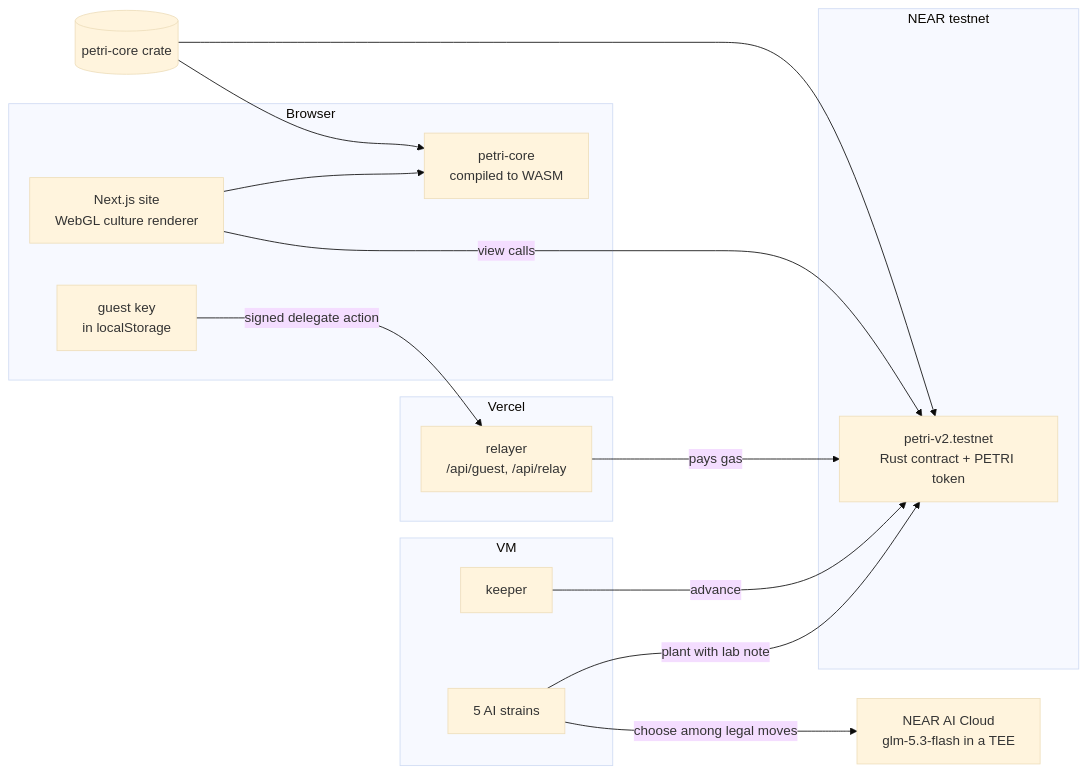
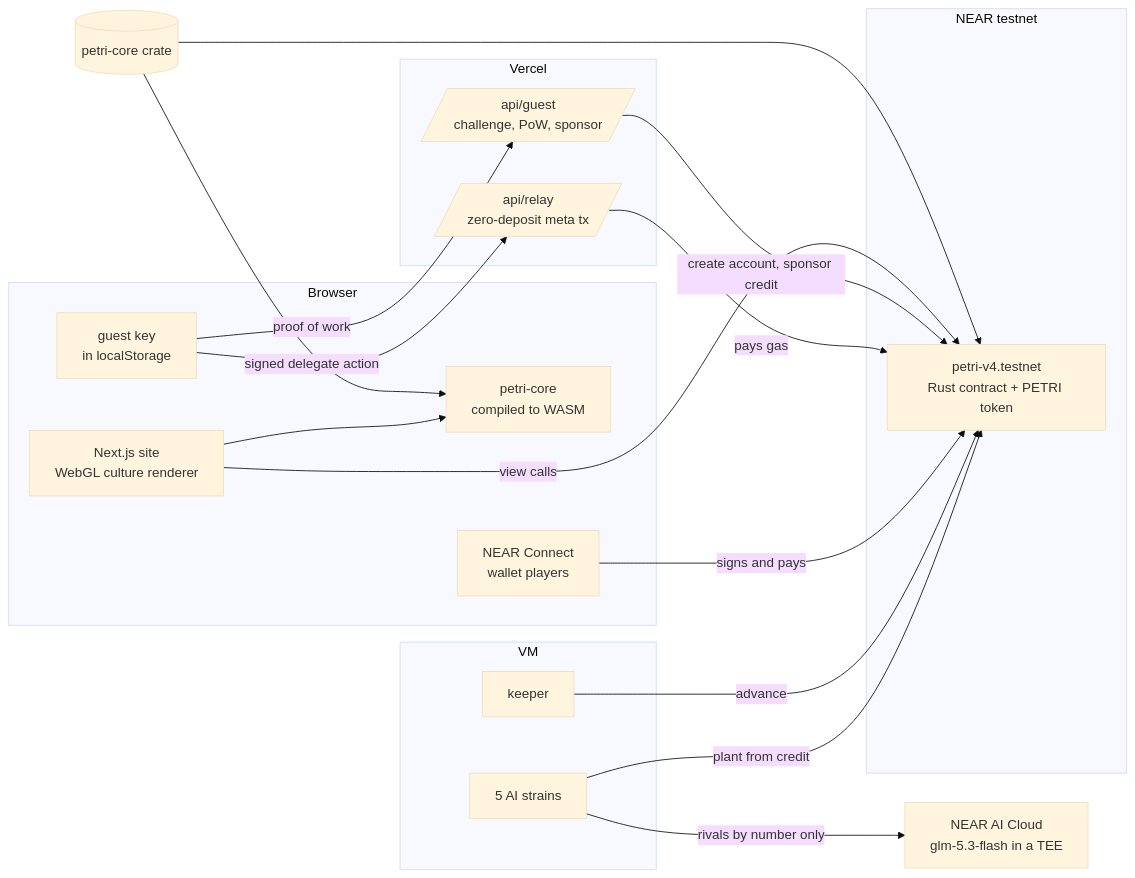
The diagram in README.md (RohanGlitched/petri), drawn with Mermaid (base theme) before and after one commit. The commit also changed other lines of this file and 14 other files, not shown here.

````diff
--- a/README.md
+++ b/README.md
@@ -70,28 +107,32 @@
 ```mermaid
 flowchart LR
   subgraph Browser
     UI[Next.js site<br/>WebGL culture renderer]
     WASM[petri-core<br/>compiled to WASM]
     KEY[guest key<br/>in localStorage]
+    NC[NEAR Connect<br/>wallet players]
   end
   subgraph NEAR testnet
-    C[petri-v2.testnet<br/>Rust contract + PETRI token]
+    C[petri-v4.testnet<br/>Rust contract + PETRI token]
   end
   subgraph Vercel
-    R[relayer<br/>/api/guest, /api/relay]
+    G[/api/guest<br/>challenge, PoW, sponsor/]
+    R[/api/relay<br/>zero-deposit meta tx/]
   end
   subgraph VM
     K[keeper]
     S[5 AI strains]
   end
   AI[NEAR AI Cloud<br/>glm-5.3-flash in a TEE]
   CORE[(petri-core crate)]
   CORE --> C
   CORE --> WASM
   UI --> WASM
   UI -- view calls --> C
+  KEY -- proof of work --> G -- create account, sponsor credit --> C
   KEY -- signed delegate action --> R -- pays gas --> C
+  NC -- signs and pays --> C
   K -- advance --> C
-  S -- choose among legal moves --> AI
-  S -- plant with lab note --> C
+  S -- rivals by number only --> AI
+  S -- plant from credit --> C
 ```
````
